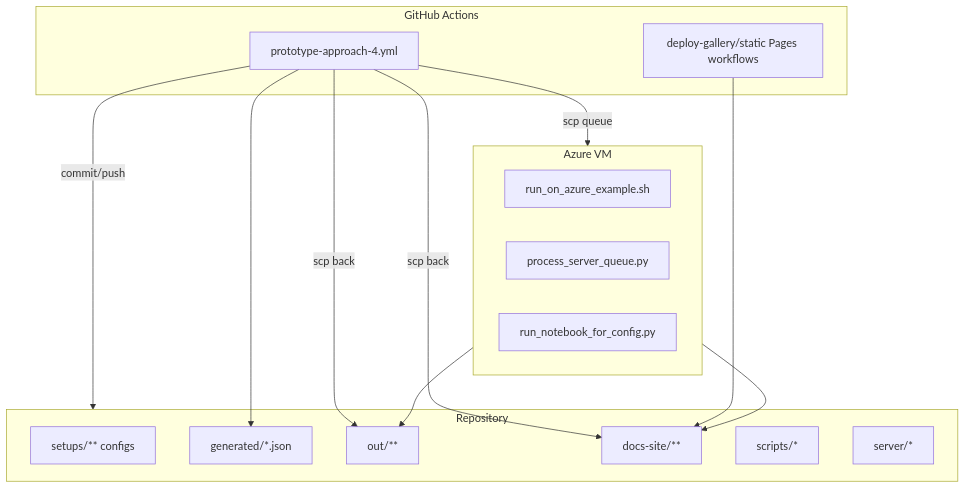
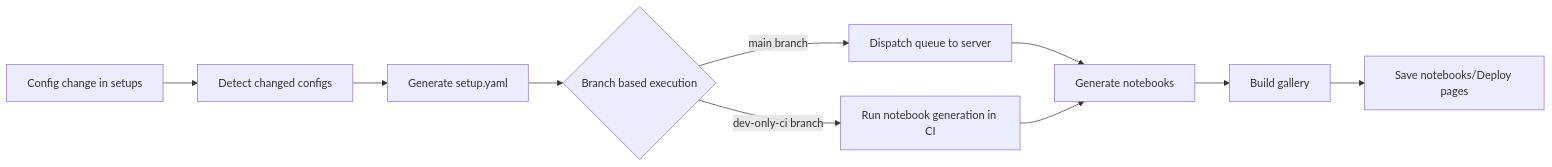
One commit to Aaryan-Dadu/tardis-proposal-demo changed the diagram in docs/ARCHITECTURE.md. Above: the diagram before and after it, drawn with Mermaid. The commit also changed other lines of this file and 18 other files, not shown here.

````diff
--- a/docs/ARCHITECTURE.md
+++ b/docs/ARCHITECTURE.md
@@ -5,31 +10,12 @@
 ```mermaid
-flowchart TB
-  subgraph GH[GitHub Actions]
-    CI[prototype-approach-4.yml]
-    PAGES[deploy-gallery/static Pages workflows]
-  end
-
-  subgraph REPO[Repository]
-    CFG[setups/** configs]
-    GEN[generated/*.json]
-    OUT[out/**]
-    SITE[docs-site/**]
-    SCRIPTS[scripts/*]
-    SERVER[server/*]
-  end
-
-  subgraph VM[Azure VM]
-    RUNNER[run_on_azure_example.sh]
-    PROC[process_server_queue.py]
-    PM[run_notebook_for_config.py]
-  end
-
-  CI --> GEN
-  CI -->|scp queue| VM
-  VM --> OUT
-  VM --> SITE
-  CI -->|scp back| OUT
-  CI -->|scp back| SITE
-  CI -->|commit/push| REPO
-  PAGES --> SITE
+flowchart LR
+    A[Config change in setups] --> B[Detect changed configs]
+    B --> C[Generate setup.yaml]
+    C --> D{Branch based execution}
+    D -->|main branch| E[Dispatch queue to server]
+    D -->|dev-only-ci branch| F[Run notebook generation in CI]
+    E --> G[Generate notebooks]
+    F --> G
+    G --> H[Build gallery]
+    H --> I[Save notebooks/Deploy pages]
 ```
````
